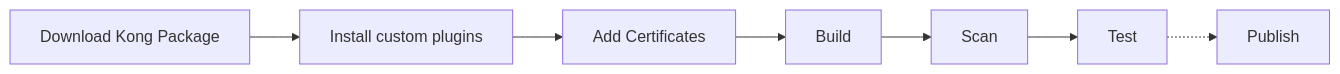
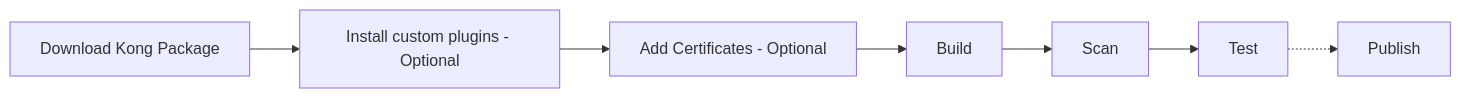
Before and after one commit to pantsel/konnect-platform-ops-demo: the second of 8 diagrams in README.md, drawn with Mermaid. The commit also changed 1 other file, not shown here.

````diff
--- a/README.md
+++ b/README.md
@@ -119,9 +119,9 @@
 ```mermaid
 graph LR;
-    A[Download Kong Package] --> B[Install custom plugins];
-    B --> C[Add Certificates];
+    A[Download Kong Package] --> B[Install custom plugins - Optional];
+    B --> C[Add Certificates - Optional];
     C --> D[Build];
     D --> E[Scan];
     E --> F[Test];
     F -.-> G[Publish];
 ```
````
